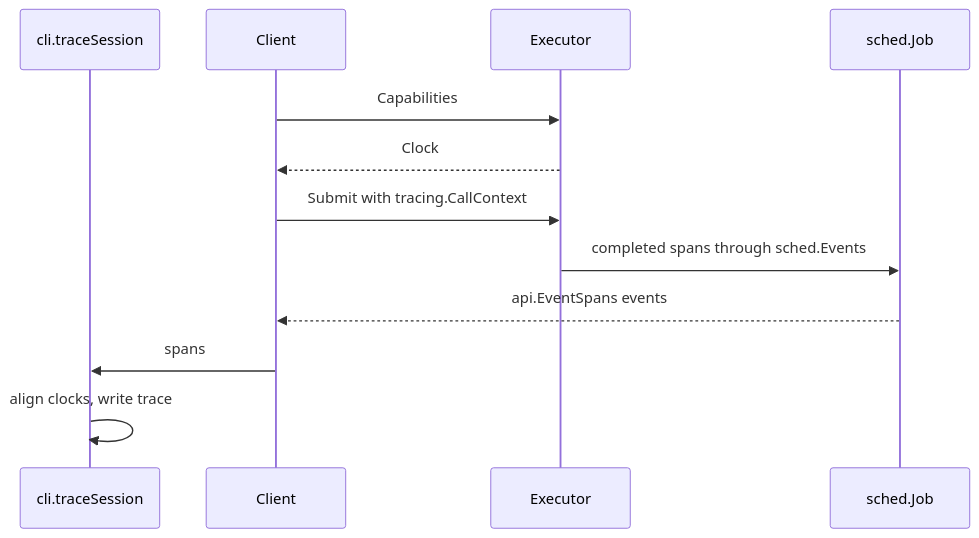
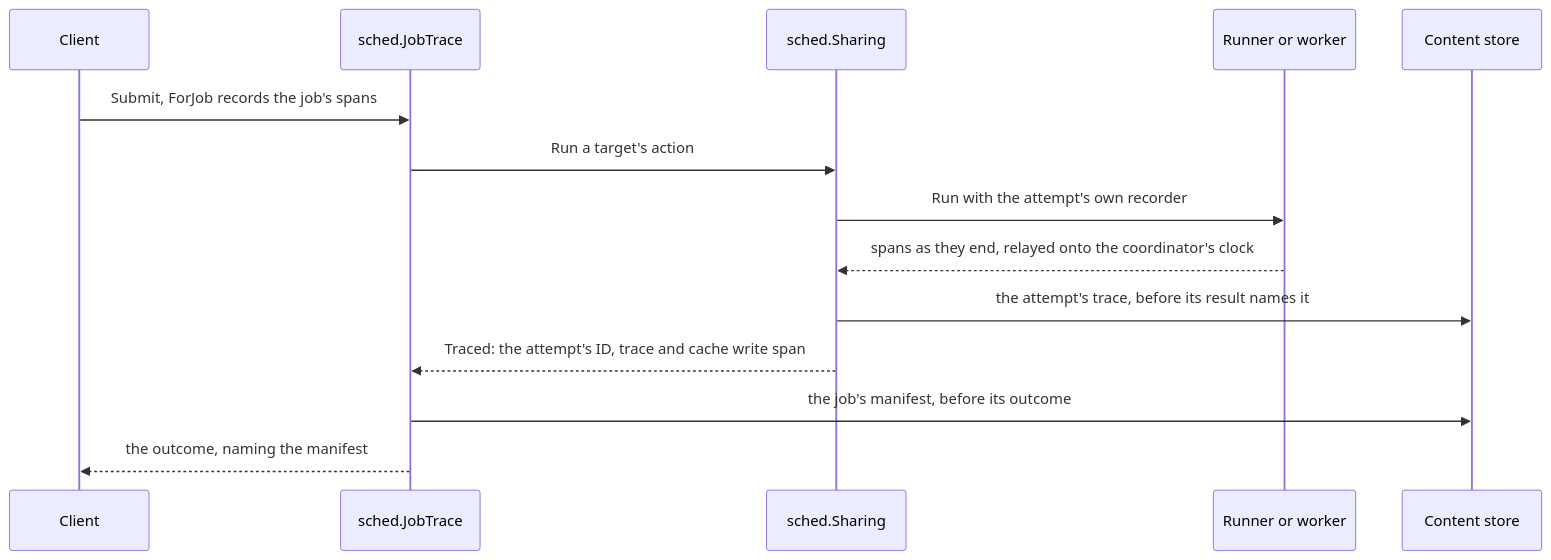
Before and after one commit to vamos-build/vamos: the sixth of 7 diagrams in docs/design/scheduling.md, drawn with Mermaid. The commit also changed other lines of this file and 109 other files, not shown here.

First line of the commit message:
Store every build's trace, and say why each target missed (#13)

````diff
--- a/docs/design/scheduling.md
+++ b/docs/design/scheduling.md
@@ -277,15 +295,17 @@
 ```mermaid
 sequenceDiagram
-    participant TS as cli.traceSession
     participant C as Client
-    participant E as Executor
-    participant J as sched.Job
+    participant J as sched.JobTrace
+    participant S as sched.Sharing
+    participant W as Runner or worker
+    participant CS as Content store
 
-    C->>E: Capabilities
-    E-->>C: Clock
-    C->>E: Submit with tracing.CallContext
-    E->>J: completed spans through sched.Events
-    J-->>C: api.EventSpans events
-    C->>TS: spans
-    TS->>TS: align clocks, write trace
+    C->>J: Submit, ForJob records the job's spans
+    J->>S: Run a target's action
+    S->>W: Run with the attempt's own recorder
+    W-->>S: spans as they end, relayed onto the coordinator's clock
+    S->>CS: the attempt's trace, before its result names it
+    S-->>J: Traced: the attempt's ID, trace and cache write span
+    J->>CS: the job's manifest, before its outcome
+    J-->>C: the outcome, naming the manifest
 ```
````
